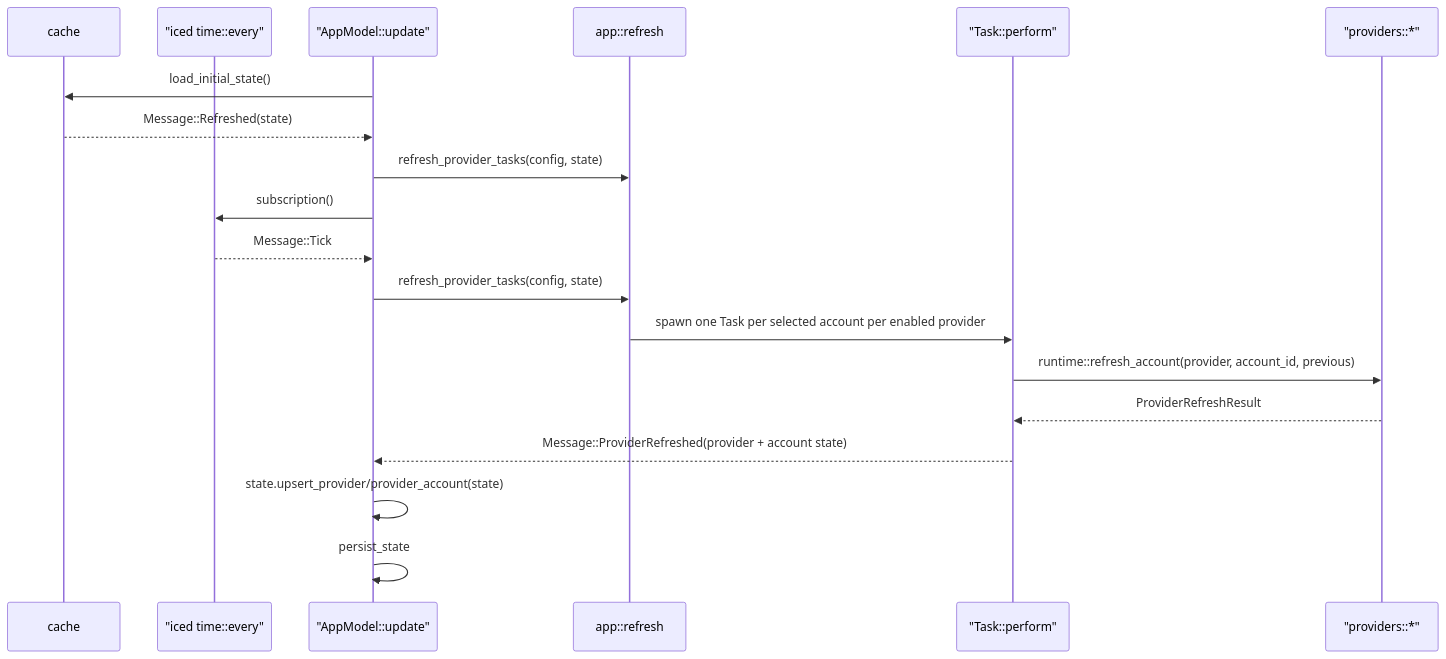
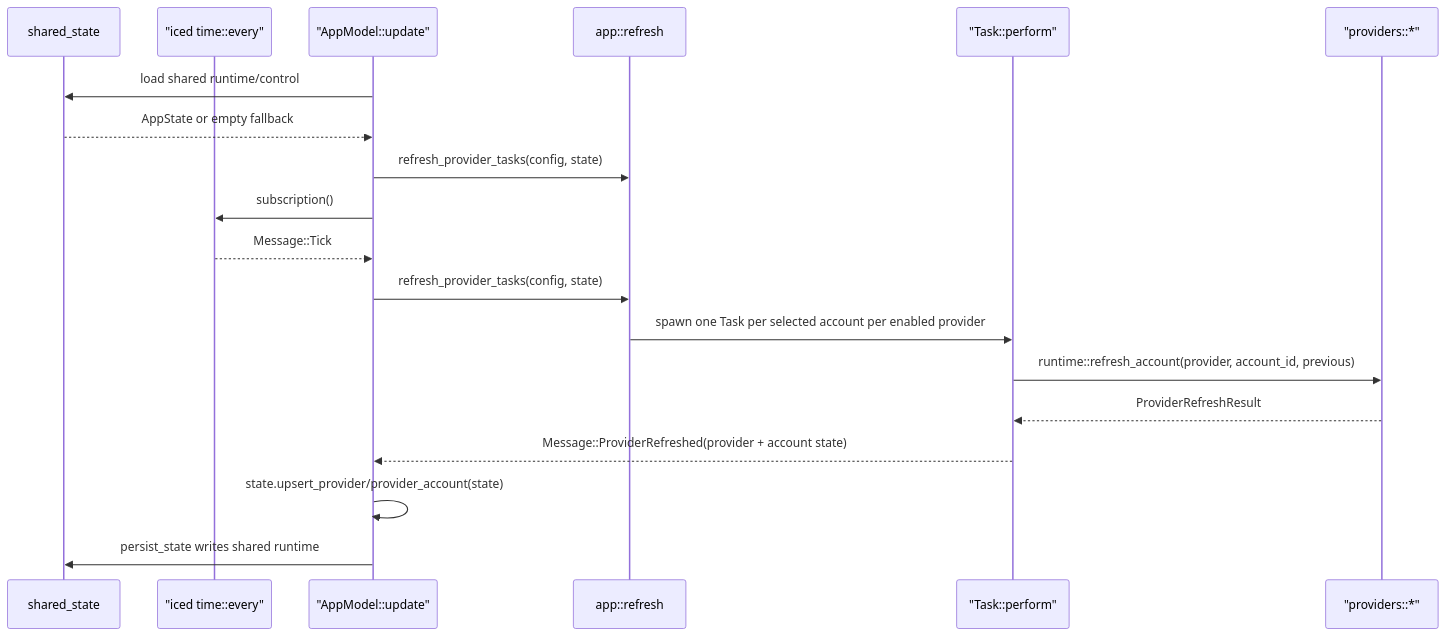
One commit to brendanjerwin/yapcap changed the second of 2 diagrams in docs/spec.md. Above: the diagram before and after it, drawn with Mermaid. The commit also changed other lines of this file and 35 other files, not shown here.

````diff
--- a/docs/spec.md
+++ b/docs/spec.md
@@ -127,21 +128,21 @@
 ```mermaid
 sequenceDiagram
-    participant Cache as cache
+    participant Shared as shared_state
     participant Timer as "iced time::every"
     participant App as "AppModel::update"
     participant Refresh as app::refresh
     participant Task as "Task::perform"
     participant Provider as "providers::*"
-    App->>Cache: load_initial_state()
-    Cache-->>App: Message::Refreshed(state)
+    App->>Shared: load shared runtime/control
+    Shared-->>App: AppState or empty fallback
     App->>Refresh: refresh_provider_tasks(config, state)
     App->>Timer: subscription()
     Timer-->>App: Message::Tick
     App->>Refresh: refresh_provider_tasks(config, state)
     Refresh->>Task: spawn one Task per selected account per enabled provider
     Task->>Provider: runtime::refresh_account(provider, account_id, previous)
     Provider-->>Task: ProviderRefreshResult
     Task-->>App: Message::ProviderRefreshed(provider + account state)
     App->>App: state.upsert_provider/provider_account(state)
-    App->>App: persist_state
+    App->>Shared: persist_state writes shared runtime
 ```
````
